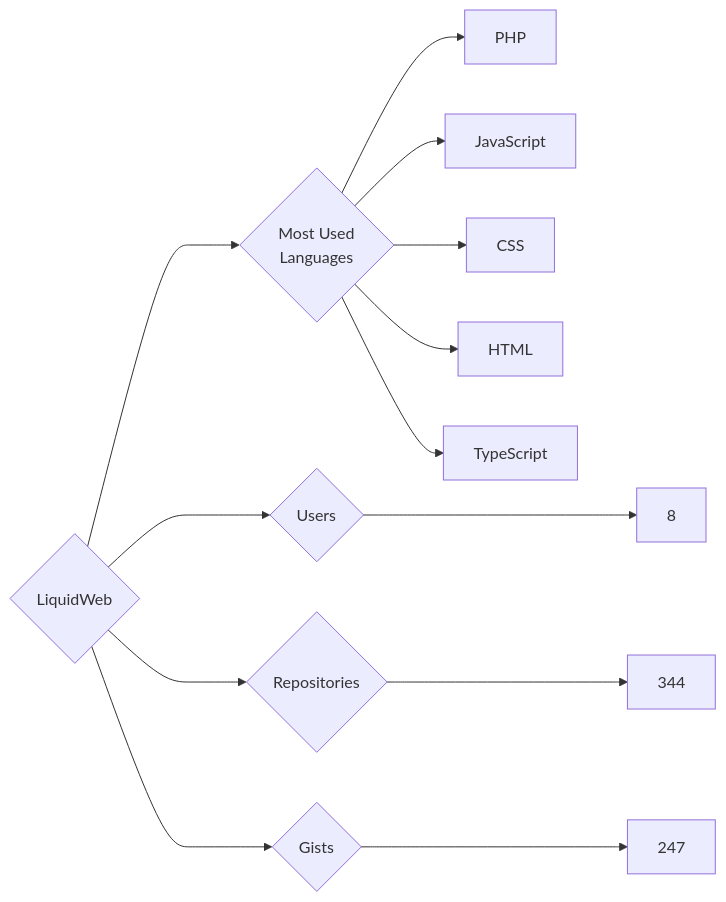
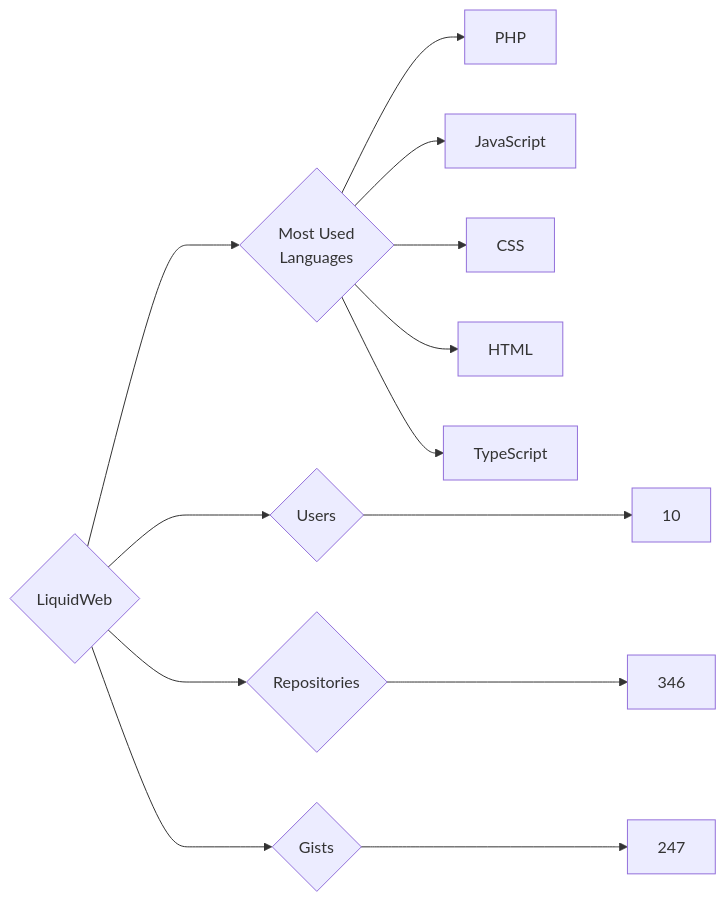
The diagram in targets/LiquidWeb/README.md (trickest/insiders), drawn with Mermaid before and after one commit. The commit also changed 720 other files, not shown here.

````diff
--- a/targets/LiquidWeb/README.md
+++ b/targets/LiquidWeb/README.md
@@ -3,13 +3,13 @@
 ```mermaid
 graph LR
 COMPANY_NAME{LiquidWeb}
-COMPANY_NAME ---> U{Users} ---> UN[8]
-COMPANY_NAME ---> R{Repositories} ---> RN[344]
+COMPANY_NAME ---> U{Users} ---> UN[10]
+COMPANY_NAME ---> R{Repositories} ---> RN[346]
 COMPANY_NAME ---> G{Gists} ---> GN[247]
 COMPANY_NAME ---> ML{Most Used<br>Languages}
 ML --> PHP[PHP]
 ML --> JavaScript[JavaScript]
 ML --> CSS[CSS]
 ML --> HTML[HTML]
 ML --> TypeScript[TypeScript]
 ```
````
